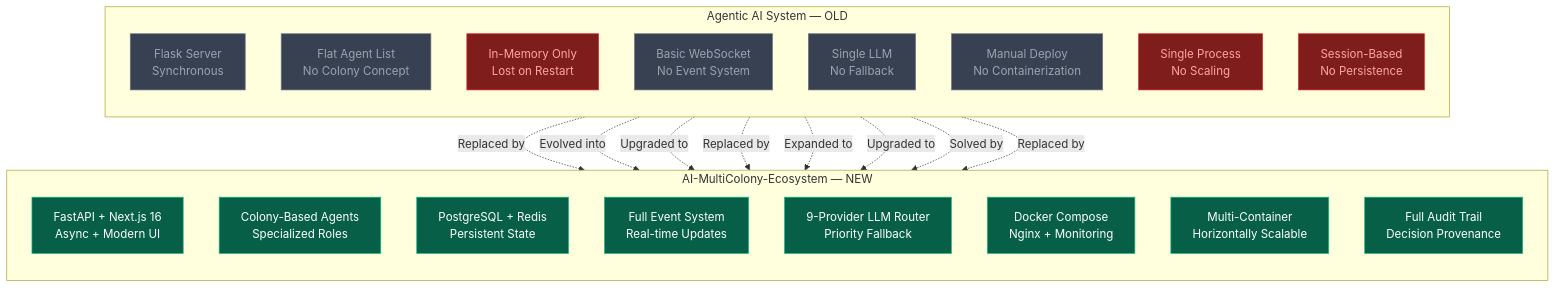
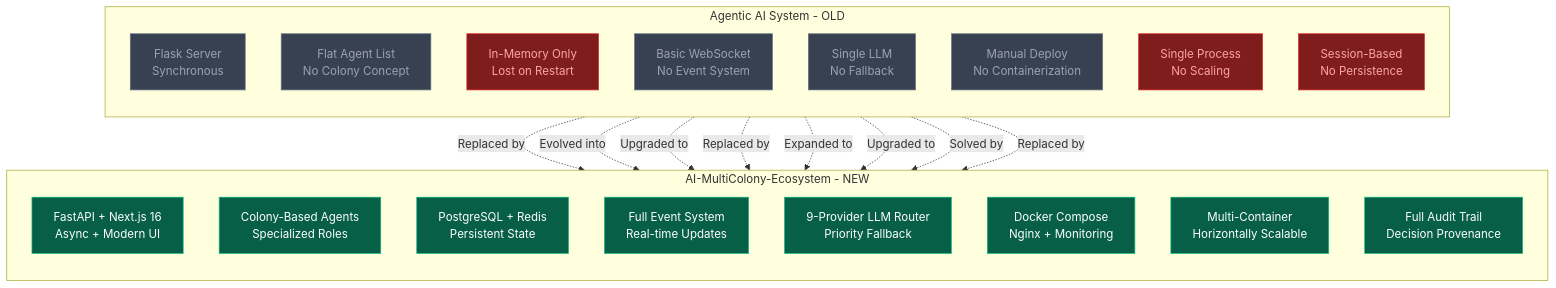
Before and after one commit to eemdeexyz/Agentic-AI-System: the third of 3 diagrams in README.md, drawn with Mermaid. The commit also changed other lines of this file, not shown here.

Commit message:
🎨 Upgrade: banner image + fixed Mermaid + animations + flow diagrams

````diff
--- a/README.md
+++ b/README.md
@@ -162,53 +178,53 @@
 ```mermaid
 graph TB
-    subgraph "Agentic AI System — OLD"
+    subgraph OLD_SYS["Agentic AI System - OLD"]
         direction TB
         OldFlask["Flask Server<br/>Synchronous"]
         OldAgents["Flat Agent List<br/>No Colony Concept"]
         OldMemory["In-Memory Only<br/>Lost on Restart"]
         OldWS["Basic WebSocket<br/>No Event System"]
         OldLLM["Single LLM<br/>No Fallback"]
         OldDeploy["Manual Deploy<br/>No Containerization"]
         OldScale["Single Process<br/>No Scaling"]
         OldState["Session-Based<br/>No Persistence"]
     end
 
-    subgraph "AI-MultiColony-Ecosystem — NEW"
+    subgraph NEW_SYS["AI-MultiColony-Ecosystem - NEW"]
         direction TB
         NewFast["FastAPI + Next.js 16<br/>Async + Modern UI"]
         NewColony["Colony-Based Agents<br/>Specialized Roles"]
         NewPersist["PostgreSQL + Redis<br/>Persistent State"]
         NewEvents["Full Event System<br/>Real-time Updates"]
         NewLLM["9-Provider LLM Router<br/>Priority Fallback"]
         NewDocker["Docker Compose<br/>Nginx + Monitoring"]
         NewScale["Multi-Container<br/>Horizontally Scalable"]
         NewAudit["Full Audit Trail<br/>Decision Provenance"]
     end
 
     OldFlask -.->|"Replaced by"| NewFast
     OldAgents -.->|"Evolved into"| NewColony
     OldMemory -.->|"Upgraded to"| NewPersist
     OldWS -.->|"Replaced by"| NewEvents
     OldLLM -.->|"Expanded to"| NewLLM
     OldDeploy -.->|"Upgraded to"| NewDocker
     OldScale -.->|"Solved by"| NewScale
     OldState -.->|"Replaced by"| NewAudit
 
     style OldFlask fill:#374151,stroke:#6b7280,color:#9ca3af
     style OldAgents fill:#374151,stroke:#6b7280,color:#9ca3af
     style OldMemory fill:#7f1d1d,stroke:#dc2626,color:#fca5a5
     style OldWS fill:#374151,stroke:#6b7280,color:#9ca3af
     style OldLLM fill:#374151,stroke:#6b7280,color:#9ca3af
     style OldDeploy fill:#374151,stroke:#6b7280,color:#9ca3af
     style OldScale fill:#7f1d1d,stroke:#dc2626,color:#fca5a5
     style OldState fill:#7f1d1d,stroke:#dc2626,color:#fca5a5
 
     style NewFast fill:#065f46,stroke:#10b981,color:#fff
     style NewColony fill:#065f46,stroke:#10b981,color:#fff
     style NewPersist fill:#065f46,stroke:#10b981,color:#fff
     style NewEvents fill:#065f46,stroke:#10b981,color:#fff
     style NewLLM fill:#065f46,stroke:#10b981,color:#fff
     style NewDocker fill:#065f46,stroke:#10b981,color:#fff
     style NewScale fill:#065f46,stroke:#10b981,color:#fff
     style NewAudit fill:#065f46,stroke:#10b981,color:#fff
 ```
````
